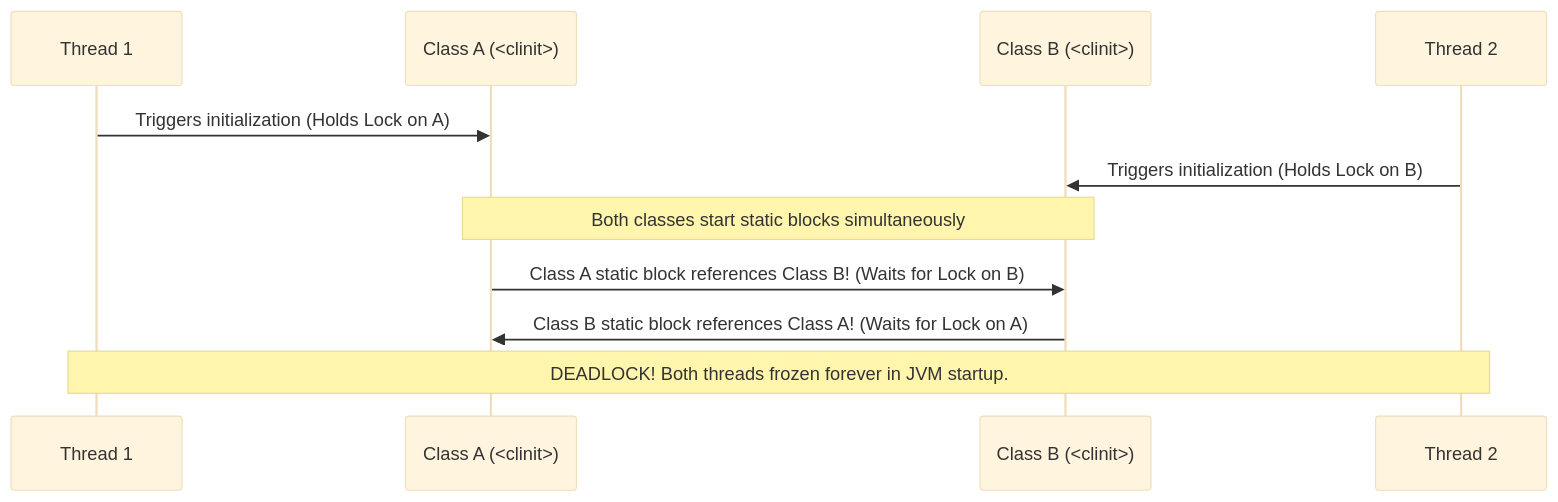
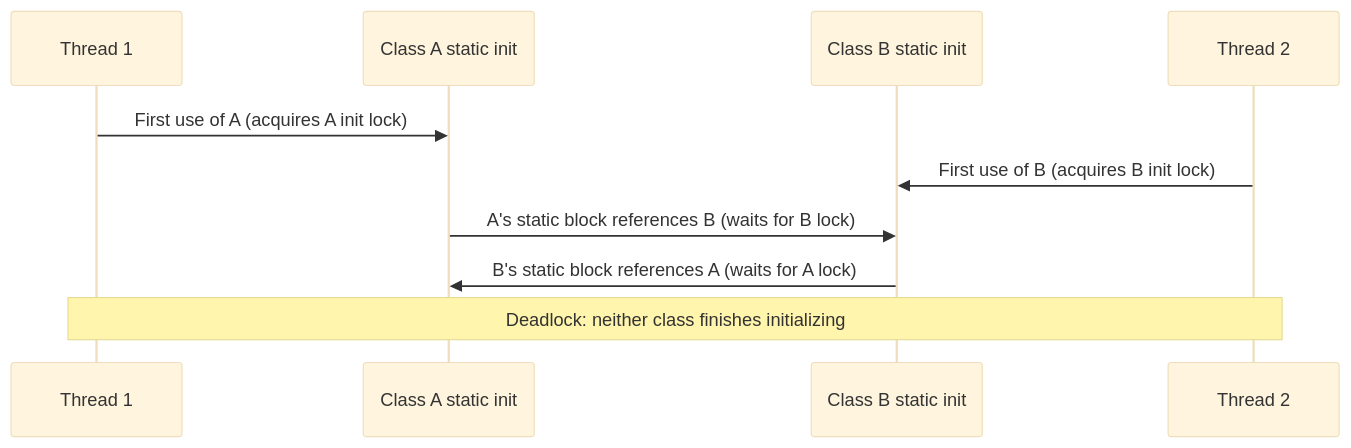
One commit to ravishankar2463/java_hub changed the second of 2 diagrams in content/roadmap/level-1/the-static-keyword.md. Above: the diagram before and after it, drawn with Mermaid (base theme). The commit also changed other lines of this file and 119 other files, not shown here.

Commit message:
feat: add comprehensive java learning roadmap content across multiple levels

````diff
--- a/content/roadmap/level-1/the-static-keyword.md
+++ b/content/roadmap/level-1/the-static-keyword.md
@@ -239,14 +224,13 @@
 ```mermaid
 sequenceDiagram
     participant T1 as Thread 1
-    participant A as Class A (<clinit>)
-    participant B as Class B (<clinit>)
+    participant A as Class A static init
+    participant B as Class B static init
     participant T2 as Thread 2
 
-    T1->>A: Triggers initialization (Holds Lock on A)
-    T2->>B: Triggers initialization (Holds Lock on B)
-    Note over A,B: Both classes start static blocks simultaneously
-    A->>B: Class A static block references Class B! (Waits for Lock on B)
-    B->>A: Class B static block references Class A! (Waits for Lock on A)
-    Note over T1,T2: DEADLOCK! Both threads frozen forever in JVM startup.
+    T1->>A: First use of A (acquires A init lock)
+    T2->>B: First use of B (acquires B init lock)
+    A->>B: A's static block references B (waits for B lock)
+    B->>A: B's static block references A (waits for A lock)
+    Note over T1,T2: Deadlock: neither class finishes initializing
 ```
````
